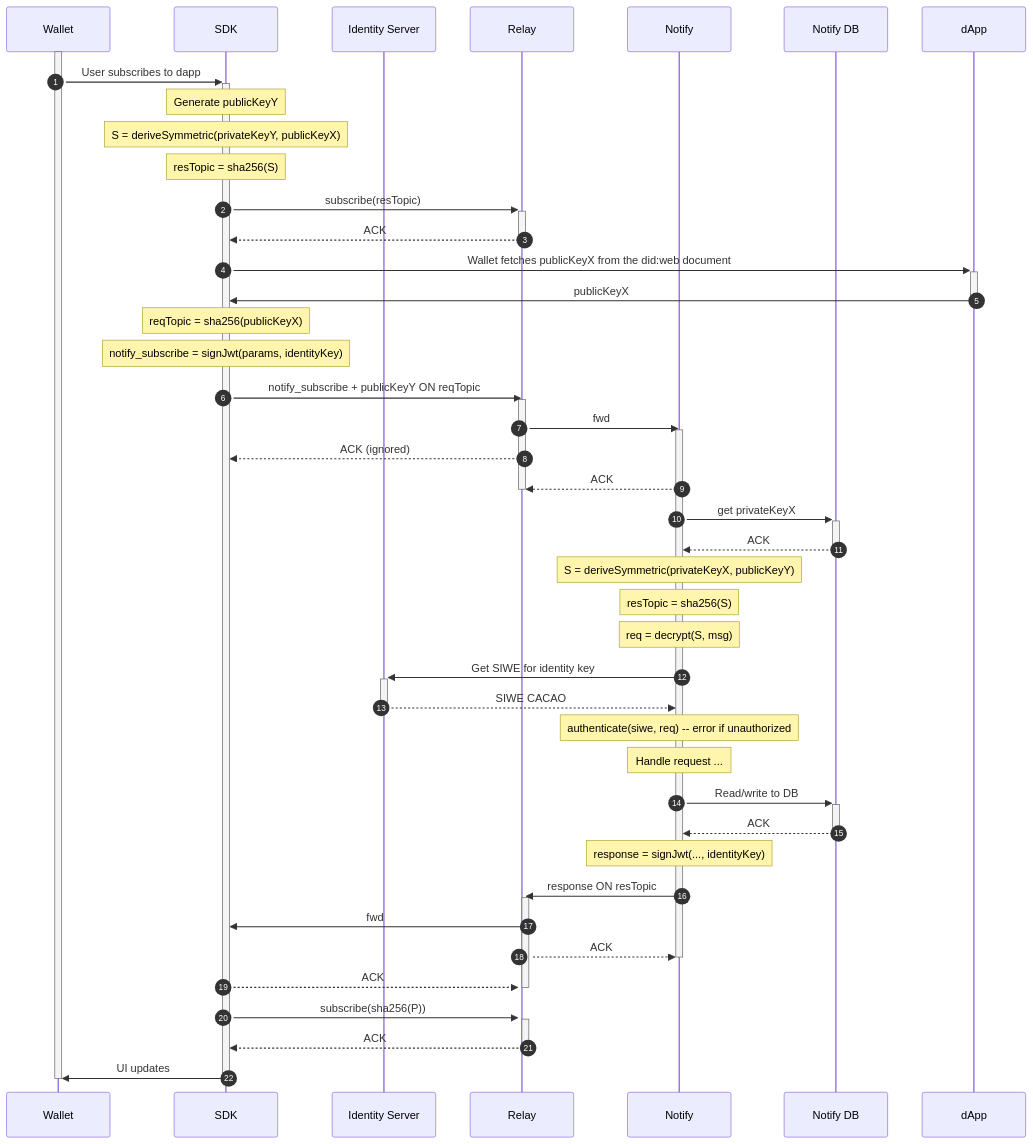
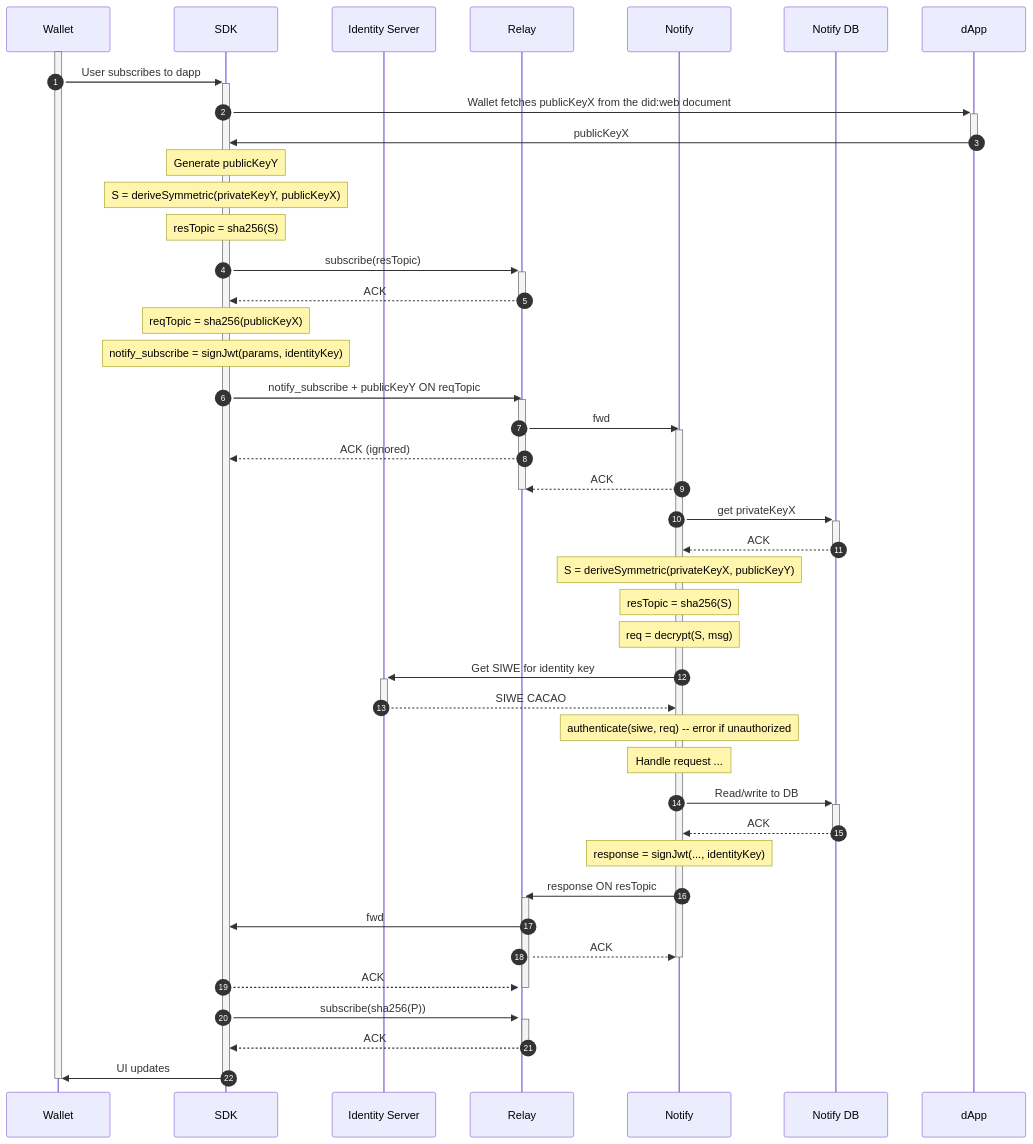
Before and after one commit to WalletConnect/walletconnect-specs: the third of 3 diagrams in docs/specs/clients/notify/rpc-methods.md, drawn with Mermaid. The commit also changed other lines of this file, not shown here.

````diff
--- a/docs/specs/clients/notify/rpc-methods.md
+++ b/docs/specs/clients/notify/rpc-methods.md
@@ -184,54 +184,54 @@
 ```mermaid
 sequenceDiagram
   autonumber
   participant U AS Wallet
   participant W AS SDK
   participant I AS Identity Server
   participant R as Relay
   participant N AS Notify
   participant D as Notify DB
   participant A as dApp
 
   %% Request
   activate U
   U->>+W: User subscribes to dapp
+  W->>+A: Wallet fetches publicKeyX from the did:web document
+  A->>-W: publicKeyX
   Note over W: Generate publicKeyY
   Note over W: S = deriveSymmetric(privateKeyY, publicKeyX)
   Note over W: resTopic = sha256(S)
   W->>+R: subscribe(resTopic)
   R-->>-W: ACK
-  W->>+A: Wallet fetches publicKeyX from the did:web document
-  A->>-W: publicKeyX
   Note over W: reqTopic = sha256(publicKeyX)
   Note over W: notify_subscribe = signJwt(params, identityKey)
   W->>R: notify_subscribe + publicKeyY ON reqTopic
   activate R
   R->>N: fwd
   activate N
   R-->>W: ACK (ignored)
   N-->>R: ACK
   deactivate R
   N->>+D: get privateKeyX
   D-->>-N: ACK
   Note over N: S = deriveSymmetric(privateKeyX, publicKeyY)
   Note over N: resTopic = sha256(S)
   Note over N: req = decrypt(S, msg)
   N->>+I: Get SIWE for identity key
   I-->>-N: SIWE CACAO
   Note over N: authenticate(siwe, req) -- error if unauthorized
   Note over N: Handle request ...
   N->>+D: Read/write to DB
   D-->>-N: ACK
   Note over N: response = signJwt(..., identityKey)
   N->>+R: response ON resTopic
   activate R
   R->>W: fwd
   R-->>N: ACK
   deactivate N
   W-->>R: ACK
   deactivate R
   W->>+R: subscribe(sha256(P))
   R-->>-W: ACK
   W->>-U: UI updates
   deactivate U
 ```
````
